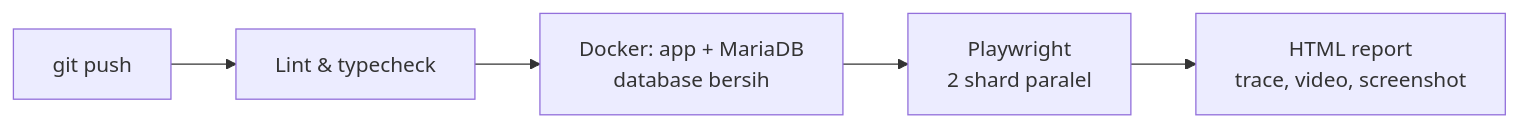
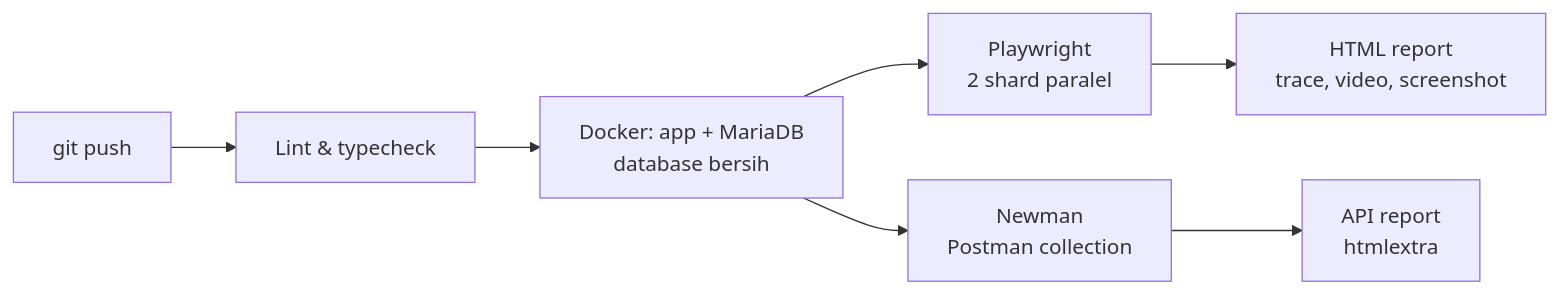
Before and after one commit to rachelsa26/partambus: the diagram in README.md, drawn with Mermaid. The commit also changed other lines of this file and 7 other files, not shown here.

Commit message:
Add Postman API test suite (53 requests, 127 assertions) with Newman in CI

````diff
--- a/README.md
+++ b/README.md
@@ -19,7 +19,9 @@
 ```mermaid
 flowchart LR
   A[git push] --> B[Lint & typecheck]
   B --> C[Docker: app + MariaDB<br/>database bersih]
   C --> D[Playwright<br/>2 shard paralel]
+  C --> F[Newman<br/>Postman collection]
   D --> E[HTML report<br/>trace, video, screenshot]
+  F --> G[API report<br/>htmlextra]
 ```
````
